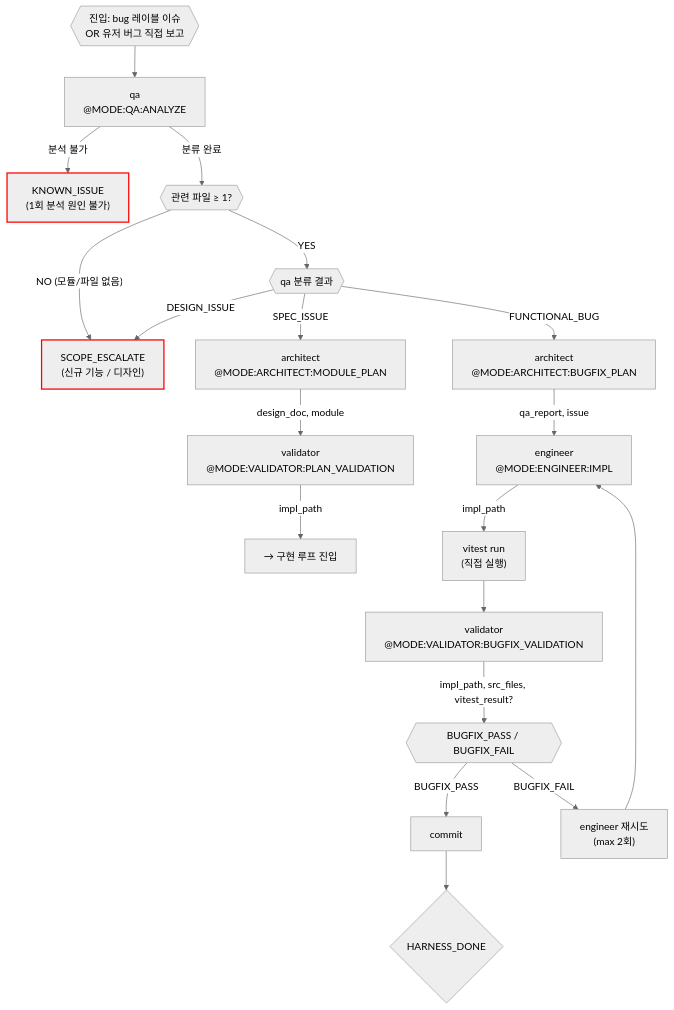
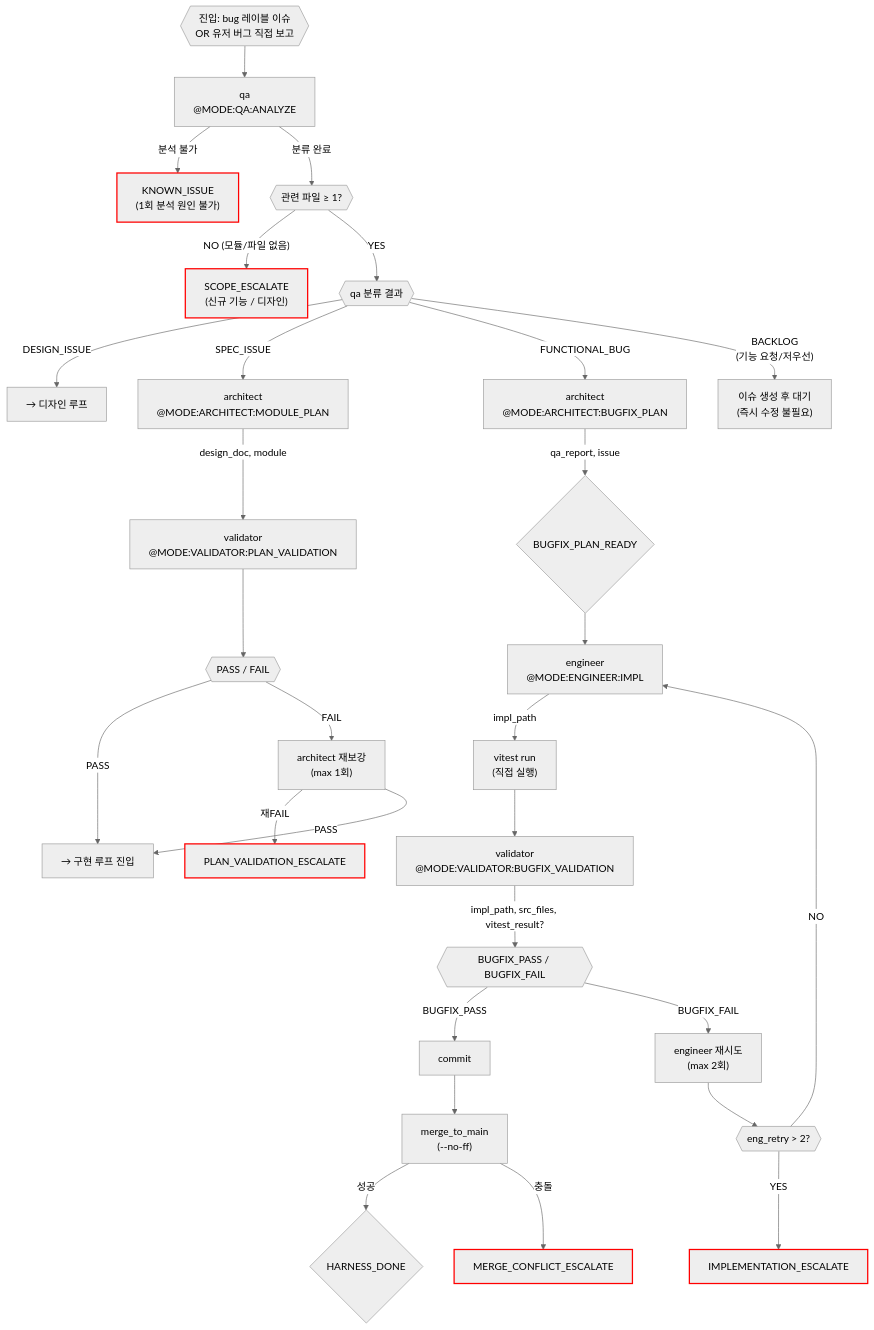
One commit to alruminum/ClaudeCodeAgentPrompt changed the second of 2 diagrams in orchestration/bugfix.md. Above: the diagram before and after it, drawn with Mermaid (neutral theme). The commit also changed other lines of this file and 4 other files, not shown here.

````diff
--- a/orchestration/bugfix.md
+++ b/orchestration/bugfix.md
@@ -26,51 +26,62 @@
 ```mermaid
 flowchart TD
     ENTRY{{"진입: bug 레이블 이슈\nOR 유저 버그 직접 보고"}}
 
     QA["qa\n@MODE:QA:ANALYZE"]
     KI["KNOWN_ISSUE\n(1회 분석 원인 불가)"]:::escalation
     SE["SCOPE_ESCALATE\n(신규 기능 / 디자인)"]:::escalation
 
     SCOPE_CHECK{{"관련 파일 ≥ 1?"}}
     QA_ROUTE{{"qa 분류 결과"}}
 
     %% SPEC_ISSUE 경로 (관련 파일 있을 때)
     ARC_MP["architect\n@MODE:ARCHITECT:MODULE_PLAN"]
     VAL_PV["validator\n@MODE:VALIDATOR:PLAN_VALIDATION"]
     IMPL_ENTRY["→ 구현 루프 진입"]
 
     %% FUNCTIONAL_BUG 경로
     ARC_BF["architect\n@MODE:ARCHITECT:BUGFIX_PLAN"]
     ENG["engineer\n@MODE:ENGINEER:IMPL"]
     VITEST["vitest run\n(직접 실행)"]
     VAL_BV["validator\n@MODE:VALIDATOR:BUGFIX_VALIDATION"]
     BF_RESULT{{"BUGFIX_PASS / BUGFIX_FAIL"}}
     ENG_RETRY["engineer 재시도\n(max 2회)"]
     COMMIT["commit"]
     HD{"HARNESS_DONE"}
 
     ENTRY --> QA
     QA -->|"분석 불가"| KI
     QA -->|"분류 완료"| SCOPE_CHECK
 
     SCOPE_CHECK -->|"NO (모듈/파일 없음)"| SE
     SCOPE_CHECK -->|"YES"| QA_ROUTE
 
-    QA_ROUTE -->|DESIGN_ISSUE| SE
+    QA_ROUTE -->|DESIGN_ISSUE| DESIGN_ENTRY["→ 디자인 루프"]
     QA_ROUTE -->|SPEC_ISSUE| ARC_MP
     QA_ROUTE -->|FUNCTIONAL_BUG| ARC_BF
+    QA_ROUTE -->|"BACKLOG\n(기능 요청/저우선)"| BACKLOG_EXIT["이슈 생성 후 대기\n(즉시 수정 불필요)"]
 
     ARC_MP -->|"design_doc, module"| VAL_PV
-    VAL_PV -->|"impl_path"| IMPL_ENTRY
+    VAL_PV --> PV_RESULT{{"PASS / FAIL"}}
+    PV_RESULT -->|PASS| IMPL_ENTRY
+    PV_RESULT -->|FAIL| ARC_RE_BF["architect 재보강\n(max 1회)"]
+    ARC_RE_BF -->|재FAIL| PV_ESC["PLAN_VALIDATION_ESCALATE"]:::escalation
+    ARC_RE_BF -->|PASS| IMPL_ENTRY
 
-    ARC_BF -->|"qa_report, issue"| ENG
+    ARC_BF -->|"qa_report, issue"| BFPR{"BUGFIX_PLAN_READY"}
+    BFPR --> ENG
     ENG -->|"impl_path"| VITEST
     VITEST --> VAL_BV
     VAL_BV -->|"impl_path, src_files, vitest_result?"| BF_RESULT
     BF_RESULT -->|BUGFIX_PASS| COMMIT
     BF_RESULT -->|BUGFIX_FAIL| ENG_RETRY
-    ENG_RETRY --> ENG
-    COMMIT --> HD
+    ENG_RETRY --> ENG_LIMIT{{"eng_retry > 2?"}}
+    ENG_LIMIT -->|NO| ENG
+    ENG_LIMIT -->|YES| BF_ESC["IMPLEMENTATION_ESCALATE"]:::escalation
+
+    COMMIT --> MERGE["merge_to_main\n(--no-ff)"]
+    MERGE -->|성공| HD
+    MERGE -->|충돌| MCE["MERGE_CONFLICT_ESCALATE"]:::escalation
 
     classDef escalation stroke:#f00,stroke-width:2px
 ```
````
